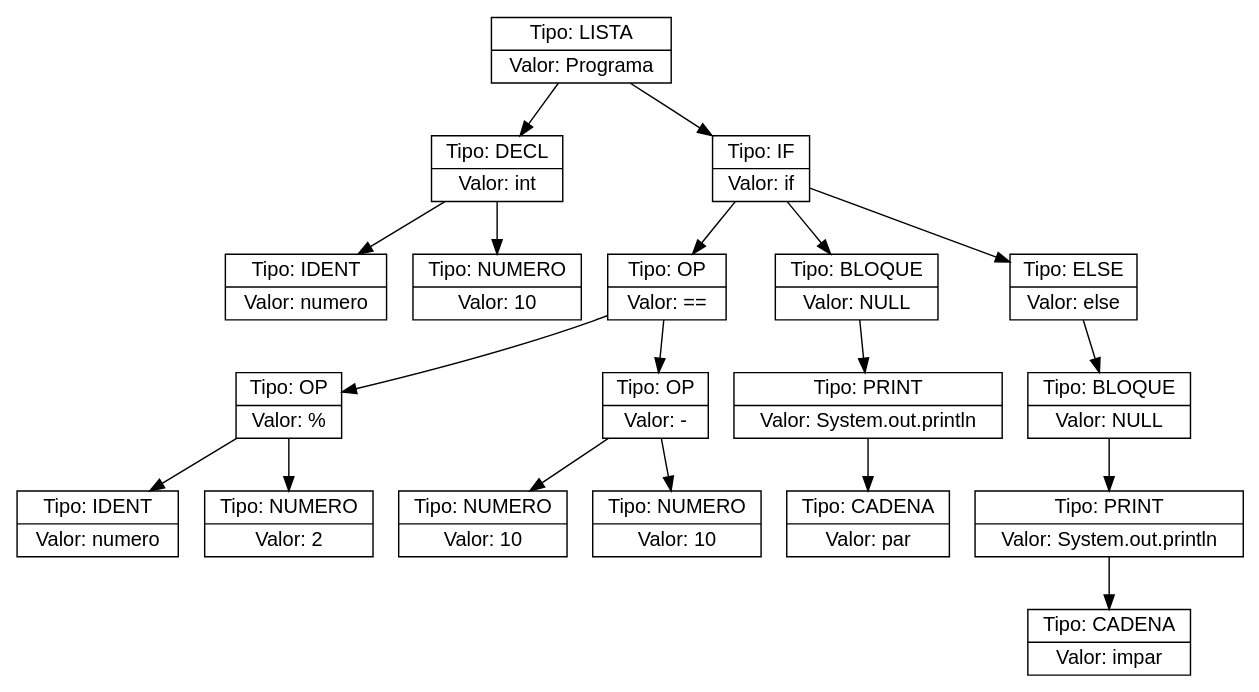
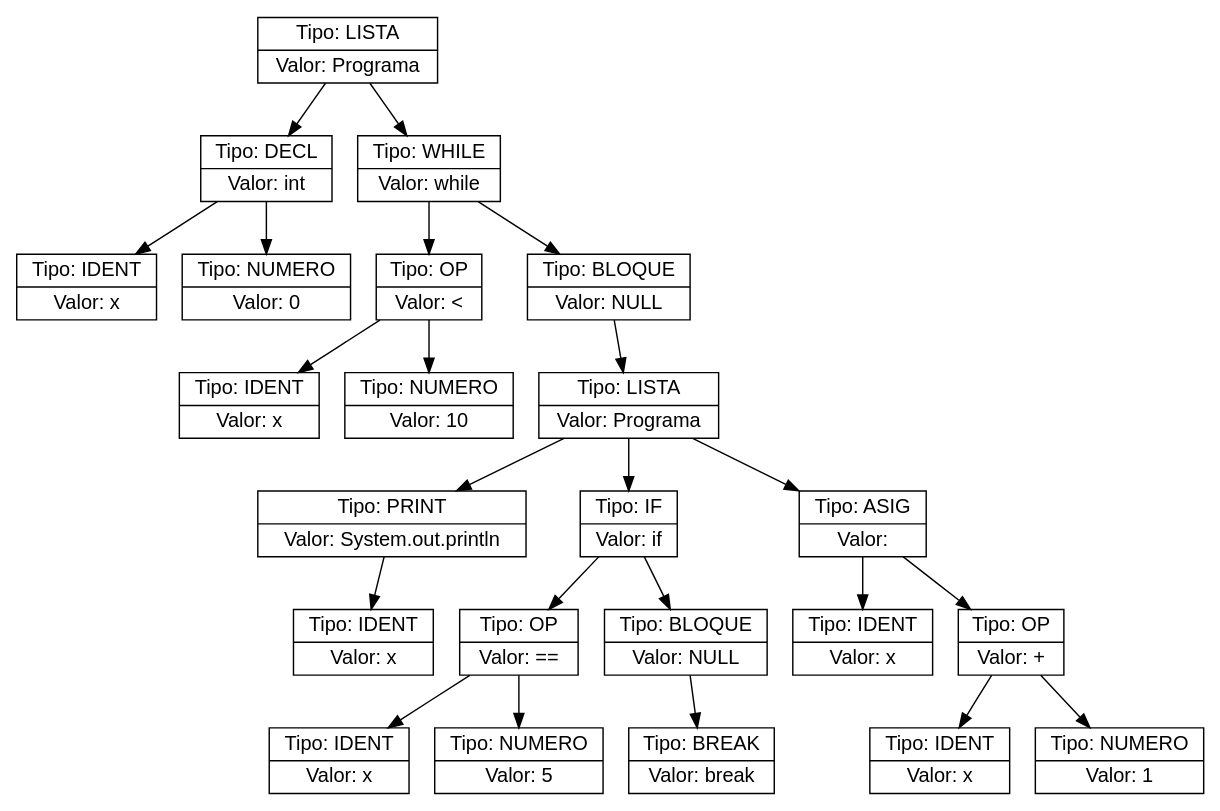
Before and after one commit to Farot30/OLC2_2s2025_202307820: the diagram in ast.dot, drawn with Graphviz. The commit also changed 30 other files, not shown here.

Commit message:
agregado while, switch, break

```diff
--- a/ast.dot
+++ b/ast.dot
@@ -1,40 +1,48 @@
 digraph AST {
   node [shape=record,fontname="Helvetica"];
-  n0x5d1169a16470 [label="{Tipo: LISTA|Valor: Programa}"];
-  n0x5d1169a16470 -> n0x5d11698583a0;
-  n0x5d11698583a0 [label="{Tipo: DECL|Valor: int}"];
-  n0x5d11698583a0 -> n0x5d1169c1a360;
-  n0x5d1169c1a360 [label="{Tipo: IDENT|Valor: numero}"];
-  n0x5d11698583a0 -> n0x5d1169a16d80;
-  n0x5d1169a16d80 [label="{Tipo: NUMERO|Valor: 10}"];
-  n0x5d1169a16470 -> n0x5d116985cfe0;
-  n0x5d116985cfe0 [label="{Tipo: IF|Valor: if}"];
-  n0x5d116985cfe0 -> n0x5d116986b760;
-  n0x5d116986b760 [label="{Tipo: OP|Valor: ==}"];
-  n0x5d116986b760 -> n0x5d116986b400;
-  n0x5d116986b400 [label="{Tipo: OP|Valor: %}"];
-  n0x5d116986b400 -> n0x5d1169a7dc30;
-  n0x5d1169a7dc30 [label="{Tipo: IDENT|Valor: numero}"];
-  n0x5d116986b400 -> n0x5d116986bba0;
-  n0x5d116986bba0 [label="{Tipo: NUMERO|Valor: 2}"];
-  n0x5d116986b760 -> n0x5d116985c6e0;
-  n0x5d116985c6e0 [label="{Tipo: OP|Valor: -}"];
-  n0x5d116985c6e0 -> n0x5d1169af52c0;
-  n0x5d1169af52c0 [label="{Tipo: NUMERO|Valor: 10}"];
-  n0x5d116985c6e0 -> n0x5d1169c197d0;
-  n0x5d1169c197d0 [label="{Tipo: NUMERO|Valor: 10}"];
-  n0x5d116985cfe0 -> n0x5d1169a1cf60;
-  n0x5d1169a1cf60 [label="{Tipo: BLOQUE|Valor: NULL}"];
-  n0x5d1169a1cf60 -> n0x5d1169b41180;
-  n0x5d1169b41180 [label="{Tipo: PRINT|Valor: System.out.println}"];
-  n0x5d1169b41180 -> n0x5d1169a17280;
-  n0x5d1169a17280 [label="{Tipo: CADENA|Valor: par}"];
-  n0x5d116985cfe0 -> n0x5d1169a172d0;
-  n0x5d1169a172d0 [label="{Tipo: ELSE|Valor: else}"];
-  n0x5d1169a172d0 -> n0x5d1169b2afc0;
-  n0x5d1169b2afc0 [label="{Tipo: BLOQUE|Valor: NULL}"];
-  n0x5d1169b2afc0 -> n0x5d11697fc7c0;
-  n0x5d11697fc7c0 [label="{Tipo: PRINT|Valor: System.out.println}"];
-  n0x5d11697fc7c0 -> n0x5d11698416c0;
-  n0x5d11698416c0 [label="{Tipo: CADENA|Valor: impar}"];
+  n0x599555ebe1a0 [label="{Tipo: LISTA|Valor: Programa}"];
+  n0x599555ebe1a0 -> n0x599555d265a0;
+  n0x599555d265a0 [label="{Tipo: DECL|Valor: int}"];
+  n0x599555d265a0 -> n0x599555ec1ef0;
+  n0x599555ec1ef0 [label="{Tipo: IDENT|Valor: x}"];
+  n0x599555d265a0 -> n0x599555ce6910;
+  n0x599555ce6910 [label="{Tipo: NUMERO|Valor: 0}"];
+  n0x599555ebe1a0 -> n0x59955596ab80;
+  n0x59955596ab80 [label="{Tipo: WHILE|Valor: while}"];
+  n0x59955596ab80 -> n0x599555939ee0;
+  n0x599555939ee0 [label="{Tipo: OP|Valor: &lt;}"];
+  n0x599555939ee0 -> n0x599555f7a380;
+  n0x599555f7a380 [label="{Tipo: IDENT|Valor: x}"];
+  n0x599555939ee0 -> n0x599555cb44f0;
+  n0x599555cb44f0 [label="{Tipo: NUMERO|Valor: 10}"];
+  n0x59955596ab80 -> n0x599555cbe1d0;
+  n0x599555cbe1d0 [label="{Tipo: BLOQUE|Valor: NULL}"];
+  n0x599555cbe1d0 -> n0x599555ce2ba0;
+  n0x599555ce2ba0 [label="{Tipo: LISTA|Valor: Programa}"];
+  n0x599555ce2ba0 -> n0x599555ec3d90;
+  n0x599555ec3d90 [label="{Tipo: PRINT|Valor: System.out.println}"];
+  n0x599555ec3d90 -> n0x599555b289b0;
+  n0x599555b289b0 [label="{Tipo: IDENT|Valor: x}"];
+  n0x599555ce2ba0 -> n0x599555ea0560;
+  n0x599555ea0560 [label="{Tipo: IF|Valor: if}"];
+  n0x599555ea0560 -> n0x599555e89580;
+  n0x599555e89580 [label="{Tipo: OP|Valor: ==}"];
+  n0x599555e89580 -> n0x599555b436c0;
+  n0x599555b436c0 [label="{Tipo: IDENT|Valor: x}"];
+  n0x599555e89580 -> n0x599555e248d0;
+  n0x599555e248d0 [label="{Tipo: NUMERO|Valor: 5}"];
+  n0x599555ea0560 -> n0x599555c1edf0;
+  n0x599555c1edf0 [label="{Tipo: BLOQUE|Valor: NULL}"];
+  n0x599555c1edf0 -> n0x599555e8a400;
+  n0x599555e8a400 [label="{Tipo: BREAK|Valor: break}"];
+  n0x599555ce2ba0 -> n0x599555abad20;
+  n0x599555abad20 [label="{Tipo: ASIG|Valor: }"];
+  n0x599555abad20 -> n0x599555ce65a0;
+  n0x599555ce65a0 [label="{Tipo: IDENT|Valor: x}"];
+  n0x599555abad20 -> n0x599555e873b0;
+  n0x599555e873b0 [label="{Tipo: OP|Valor: +}"];
+  n0x599555e873b0 -> n0x599555b43090;
+  n0x599555b43090 [label="{Tipo: IDENT|Valor: x}"];
+  n0x599555e873b0 -> n0x599555e9e200;
+  n0x599555e9e200 [label="{Tipo: NUMERO|Valor: 1}"];
 }
```
